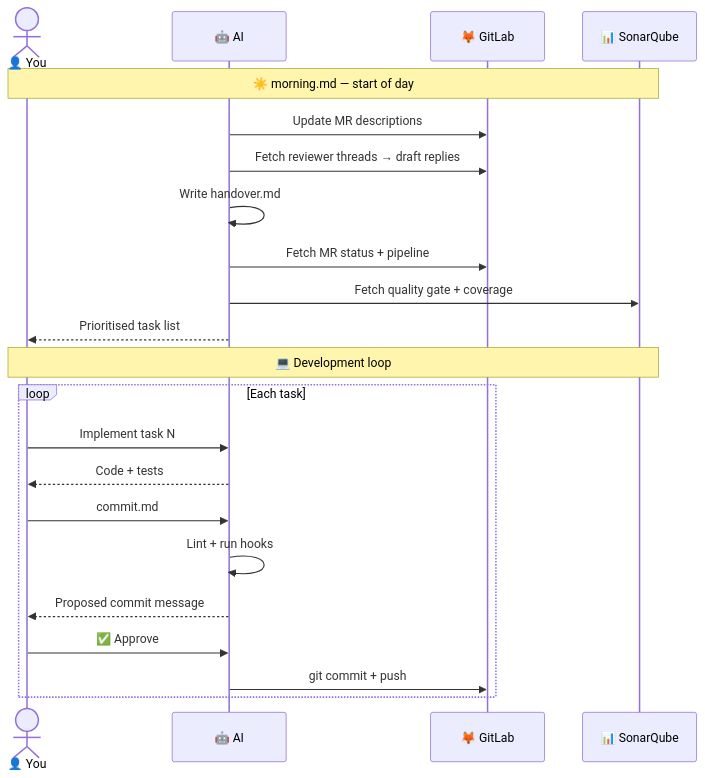
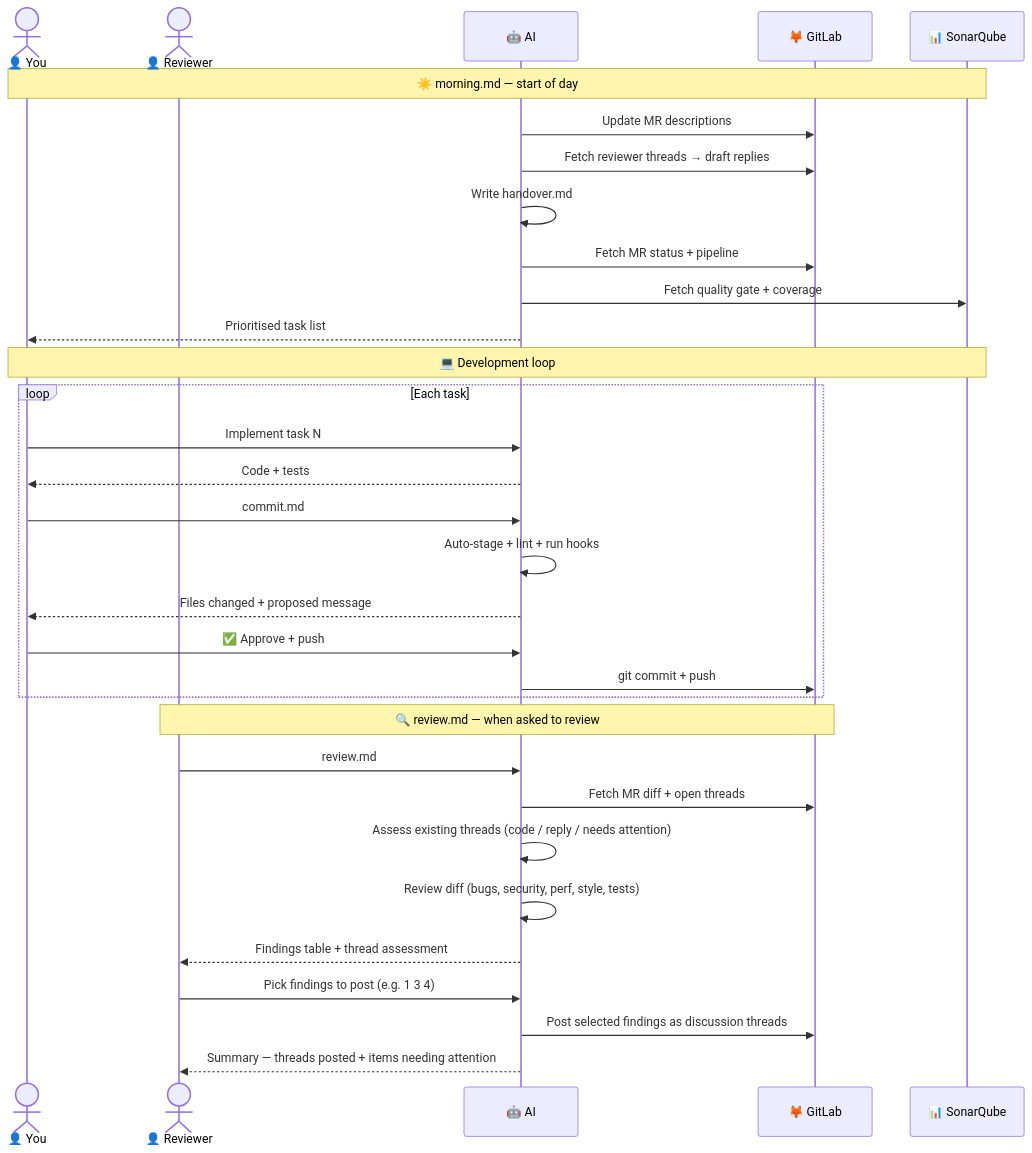
Before and after one commit to siwardean/cline-workflow: the second of 2 diagrams in README.md, drawn with Mermaid. The commit also changed other lines of this file, not shown here.

First line of the commit message:
docs: add review.md to README lifecycle diagram, table, and sequence

````diff
--- a/README.md
+++ b/README.md
@@ -64,28 +75,40 @@
 ```mermaid
 sequenceDiagram
     actor Dev as 👤 You
+    actor Rev as 👤 Reviewer
     participant AI as 🤖 AI
     participant GL as 🦊 GitLab
     participant SQ as 📊 SonarQube
 
     Note over Dev,SQ: ☀️ morning.md — start of day
 
     AI->>GL: Update MR descriptions
     AI->>GL: Fetch reviewer threads → draft replies
     AI->>AI: Write handover.md
     AI->>GL: Fetch MR status + pipeline
     AI->>SQ: Fetch quality gate + coverage
     AI-->>Dev: Prioritised task list
 
     Note over Dev,SQ: 💻 Development loop
 
     loop Each task
         Dev->>AI: Implement task N
         AI-->>Dev: Code + tests
         Dev->>AI: commit.md
-        AI->>AI: Lint + run hooks
-        AI-->>Dev: Proposed commit message
-        Dev->>AI: ✅ Approve
+        AI->>AI: Auto-stage + lint + run hooks
+        AI-->>Dev: Files changed + proposed message
+        Dev->>AI: ✅ Approve + push
         AI->>GL: git commit + push
     end
+
+    Note over Rev,GL: 🔍 review.md — when asked to review
+
+    Rev->>AI: review.md
+    AI->>GL: Fetch MR diff + open threads
+    AI->>AI: Assess existing threads (code / reply / needs attention)
+    AI->>AI: Review diff (bugs, security, perf, style, tests)
+    AI-->>Rev: Findings table + thread assessment
+    Rev->>AI: Pick findings to post (e.g. 1 3 4)
+    AI->>GL: Post selected findings as discussion threads
+    AI-->>Rev: Summary — threads posted + items needing attention
 ```
````
